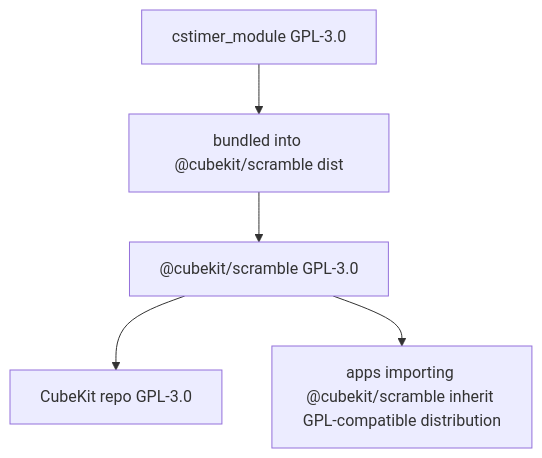
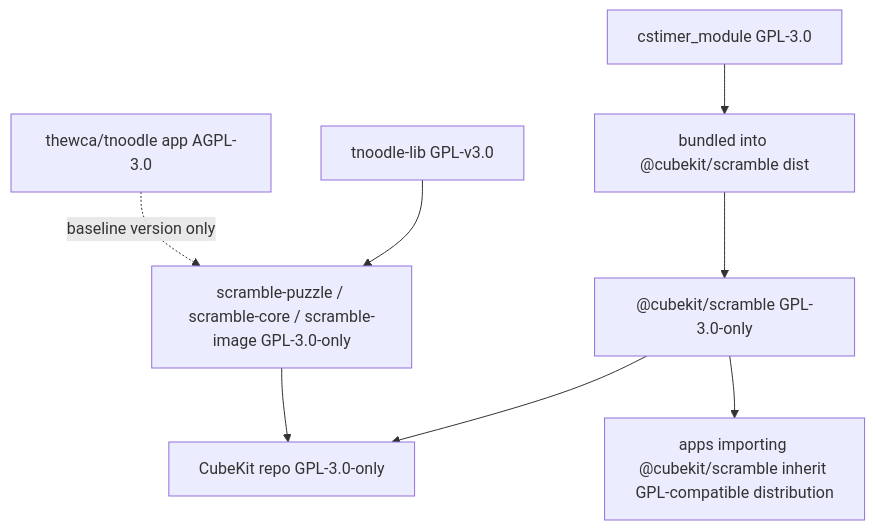
One commit to deweyou/cube-kit changed the diagram in docs/dependency-licensing.md. Above: the diagram before and after it, drawn with Mermaid. The commit also changed other lines of this file and 188 other files, not shown here.

First line of the commit message:
[codex] Add TNoodle-compatible scramble packages (#5)

````diff
--- a/docs/dependency-licensing.md
+++ b/docs/dependency-licensing.md
@@ -3,7 +3,10 @@
 ```mermaid
 flowchart TD
     Cstimer["cstimer_module GPL-3.0"] --> Bundle["bundled into @cubekit/scramble dist"]
-    Bundle --> ScrambleLicense["@cubekit/scramble GPL-3.0"]
-    ScrambleLicense --> RepoLicense["CubeKit repo GPL-3.0"]
+    Bundle --> ScrambleLicense["@cubekit/scramble GPL-3.0-only"]
+    ScrambleLicense --> RepoLicense["CubeKit repo GPL-3.0-only"]
     ScrambleLicense --> Apps["apps importing @cubekit/scramble inherit GPL-compatible distribution"]
+    TnoodleLib["tnoodle-lib GPL-v3.0"] --> NewPackages["scramble-puzzle / scramble-core / scramble-image GPL-3.0-only"]
+    NewPackages --> RepoLicense
+    TnoodleApp["thewca/tnoodle app AGPL-3.0"] -. "baseline version only" .-> NewPackages
 ```
````
